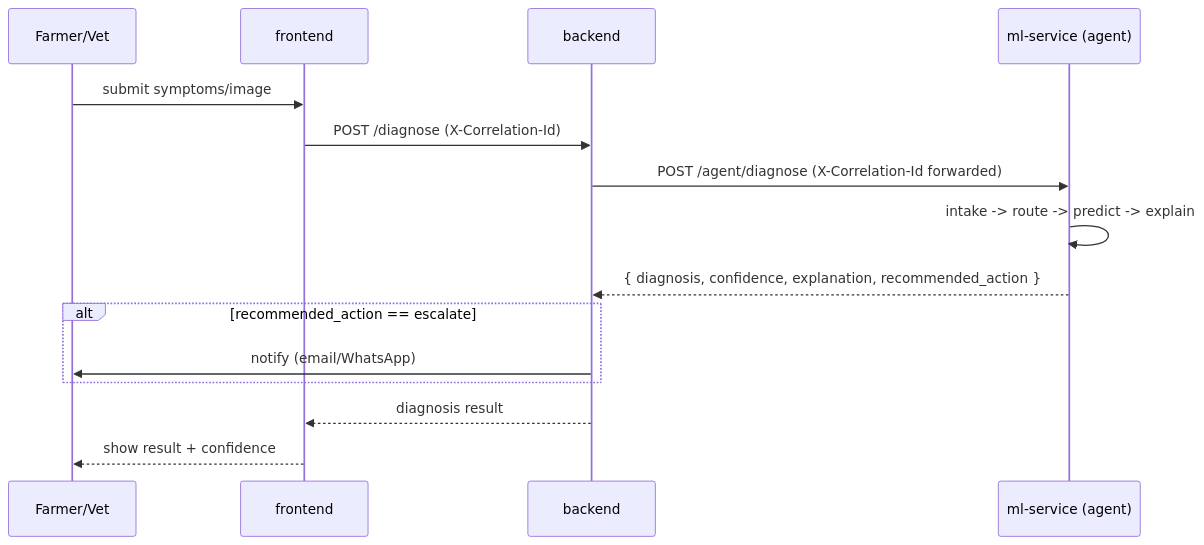
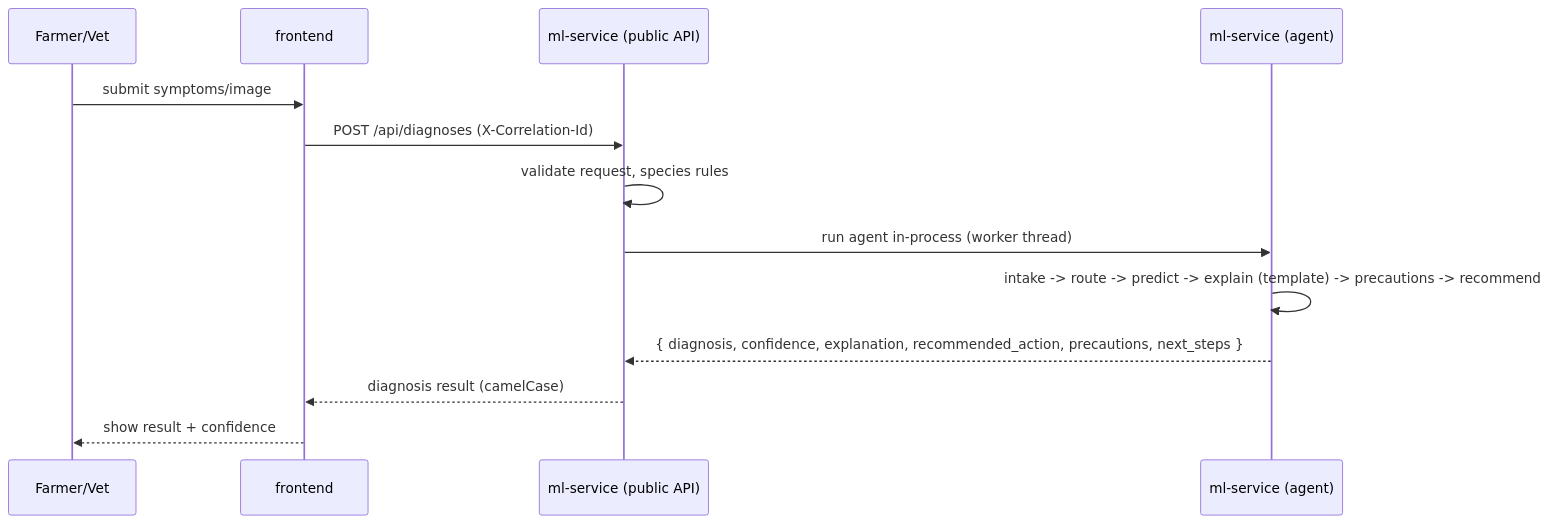
The second of 2 diagrams in docs/ARCHITECTURE.md (arun-codewalnut/Cattle-Disease-Prediction-System), drawn with Mermaid before and after one commit. The commit also changed other lines of this file and 84 other files, not shown here.

First line of the commit message:
Merge Java backend into ml-service; remove Ollama; one-command setup (#50)

````diff
--- a/docs/ARCHITECTURE.md
+++ b/docs/ARCHITECTURE.md
@@ -15,18 +15,16 @@
 ```mermaid
 sequenceDiagram
     participant U as Farmer/Vet
     participant FE as frontend
-    participant BE as backend
+    participant API as ml-service (public API)
     participant ML as ml-service (agent)
 
     U->>FE: submit symptoms/image
-    FE->>BE: POST /diagnose (X-Correlation-Id)
-    BE->>ML: POST /agent/diagnose (X-Correlation-Id forwarded)
-    ML->>ML: intake -> route -> predict -> explain
-    ML-->>BE: { diagnosis, confidence, explanation, recommended_action }
-    alt recommended_action == escalate
-        BE->>U: notify (email/WhatsApp)
-    end
-    BE-->>FE: diagnosis result
+    FE->>API: POST /api/diagnoses (X-Correlation-Id)
+    API->>API: validate request, species rules
+    API->>ML: run agent in-process (worker thread)
+    ML->>ML: intake -> route -> predict -> explain (template) -> precautions -> recommend
+    ML-->>API: { diagnosis, confidence, explanation, recommended_action, precautions, next_steps }
+    API-->>FE: diagnosis result (camelCase)
     FE-->>U: show result + confidence
 ```
````
